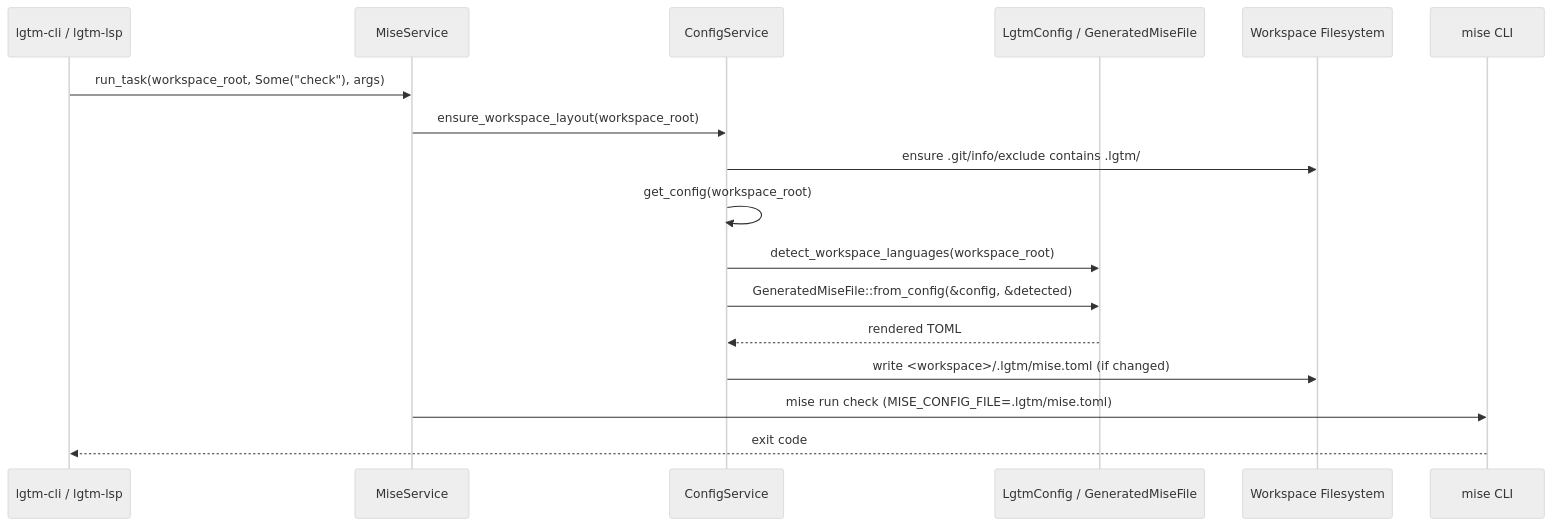
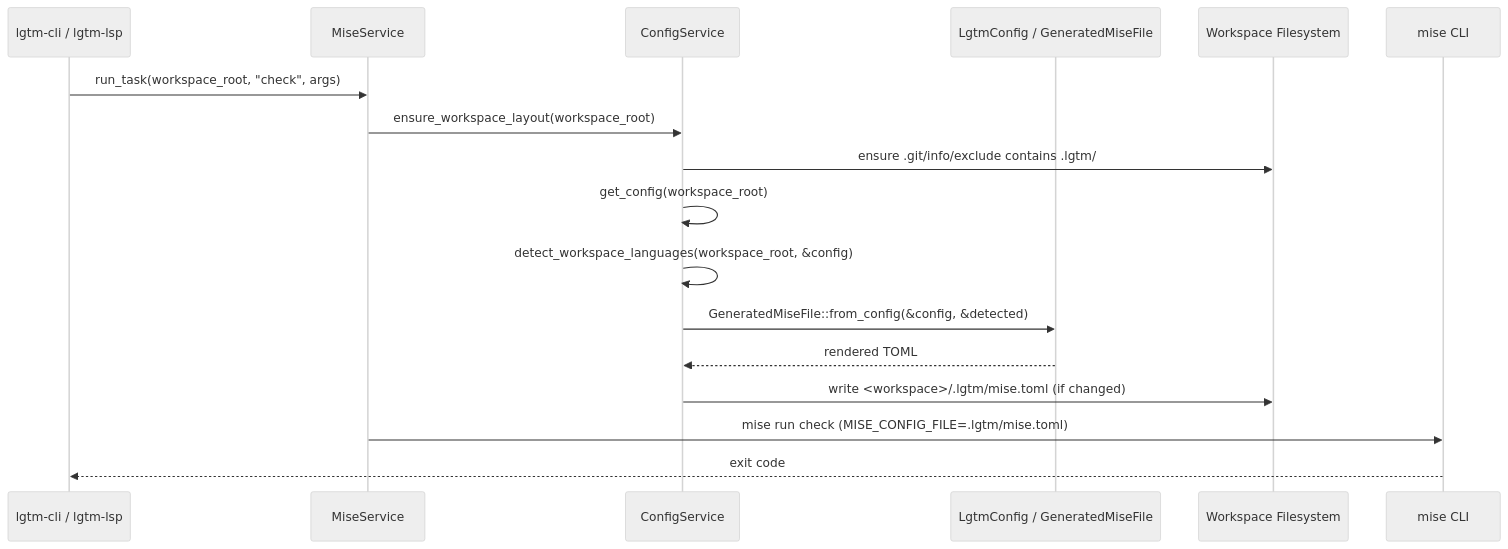
One commit to difflab-io/lgtm changed the second of 2 diagrams in docs/architecture/config/index.md. Above: the diagram before and after it, drawn with Mermaid (neutral theme). The commit also changed other lines of this file and 14 other files, not shown here.

````diff
--- a/docs/architecture/config/index.md
+++ b/docs/architecture/config/index.md
@@ -75,20 +75,20 @@
 ```mermaid
 sequenceDiagram
     participant Caller as lgtm-cli / lgtm-lsp
     participant MiseSvc as MiseService
     participant CfgSvc as ConfigService
     participant Model as LgtmConfig / GeneratedMiseFile
     participant Disk as Workspace Filesystem
     participant Mise as mise CLI
 
-    Caller->>MiseSvc: run_task(workspace_root, Some("check"), args)
+    Caller->>MiseSvc: run_task(workspace_root, "check", args)
     MiseSvc->>CfgSvc: ensure_workspace_layout(workspace_root)
     CfgSvc->>Disk: ensure .git/info/exclude contains .lgtm/
     CfgSvc->>CfgSvc: get_config(workspace_root)
-    CfgSvc->>Model: detect_workspace_languages(workspace_root)
+    CfgSvc->>CfgSvc: detect_workspace_languages(workspace_root, &config)
     CfgSvc->>Model: GeneratedMiseFile::from_config(&config, &detected)
     Model-->>CfgSvc: rendered TOML
     CfgSvc->>Disk: write <workspace>/.lgtm/mise.toml (if changed)
     MiseSvc->>Mise: mise run check (MISE_CONFIG_FILE=.lgtm/mise.toml)
     Mise-->>Caller: exit code
 ```
````
